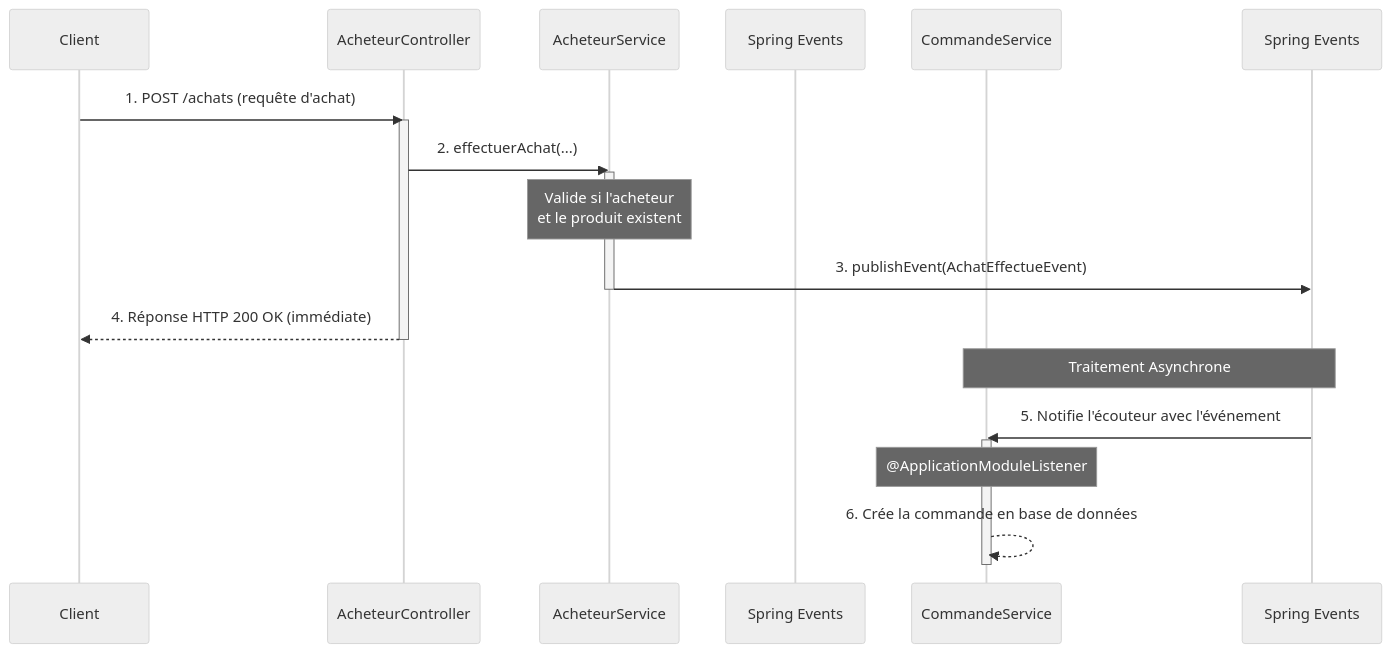
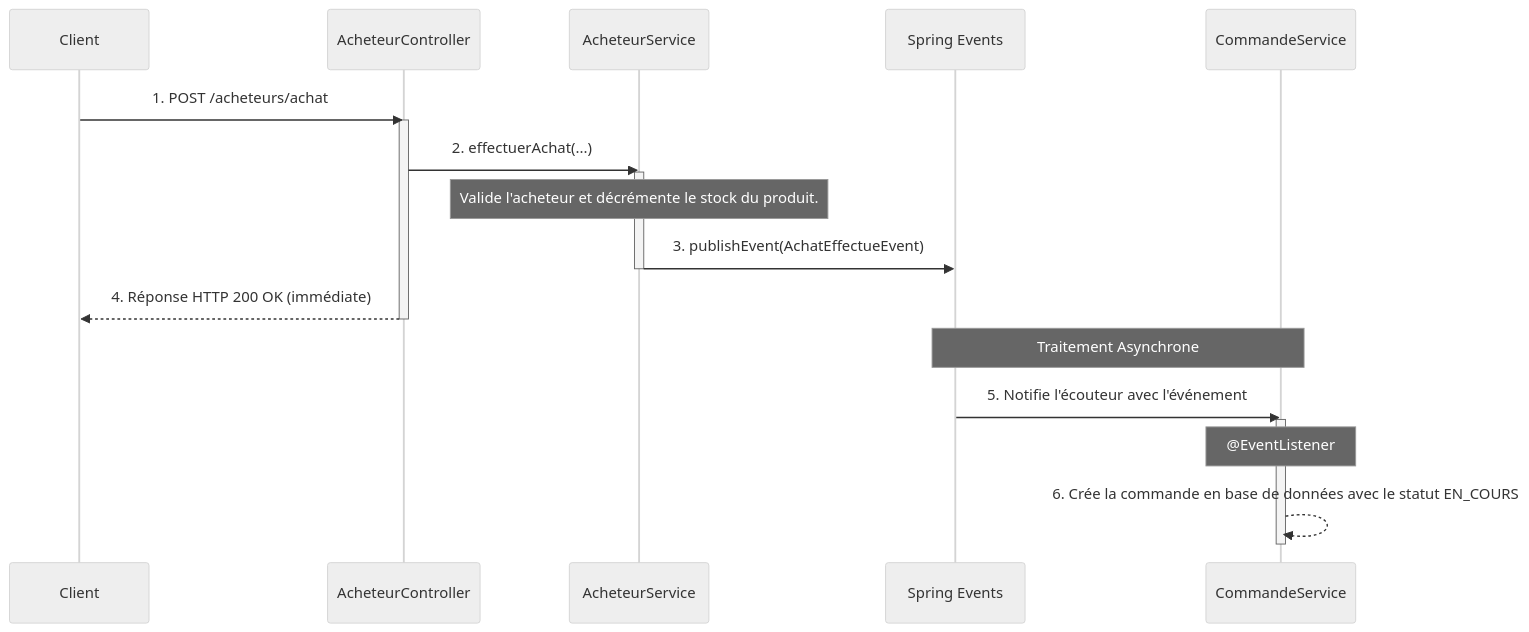
Before and after one commit to Touije/spring-modular-monolith-example: the second of 2 diagrams in README.md, drawn with Mermaid (neutral theme). The commit also changed other lines of this file, not shown here.

````diff
--- a/README.md
+++ b/README.md
@@ -106,25 +64,25 @@
 ```mermaid
 sequenceDiagram
     participant Client
     participant AcheteurController
     participant AcheteurService
-    participant ApplicationEventPublisher as Spring Events
+    participant Spring Events
     participant CommandeService
 
-    Client->>AcheteurController: 1. POST /achats (requête d'achat)
+    Client->>AcheteurController: 1. POST /acheteurs/achat
     activate AcheteurController
     AcheteurController->>AcheteurService: 2. effectuerAchat(...)
     activate AcheteurService
-    Note over AcheteurService: Valide si l'acheteur<br/>et le produit existent
+    Note over AcheteurService: Valide l'acheteur et décrémente le stock du produit.
     AcheteurService->>Spring Events: 3. publishEvent(AchatEffectueEvent)
     deactivate AcheteurService
     AcheteurController-->>Client: 4. Réponse HTTP 200 OK (immédiate)
     deactivate AcheteurController
 
     Note over Spring Events, CommandeService: Traitement Asynchrone
     Spring Events->>CommandeService: 5. Notifie l'écouteur avec l'événement
     activate CommandeService
-    Note over CommandeService: @ApplicationModuleListener
-    CommandeService-->>CommandeService: 6. Crée la commande en base de données
+    Note over CommandeService: @EventListener
+    CommandeService-->>CommandeService: 6. Crée la commande en base de données avec le statut EN_COURS
     deactivate CommandeService
 ```
````
